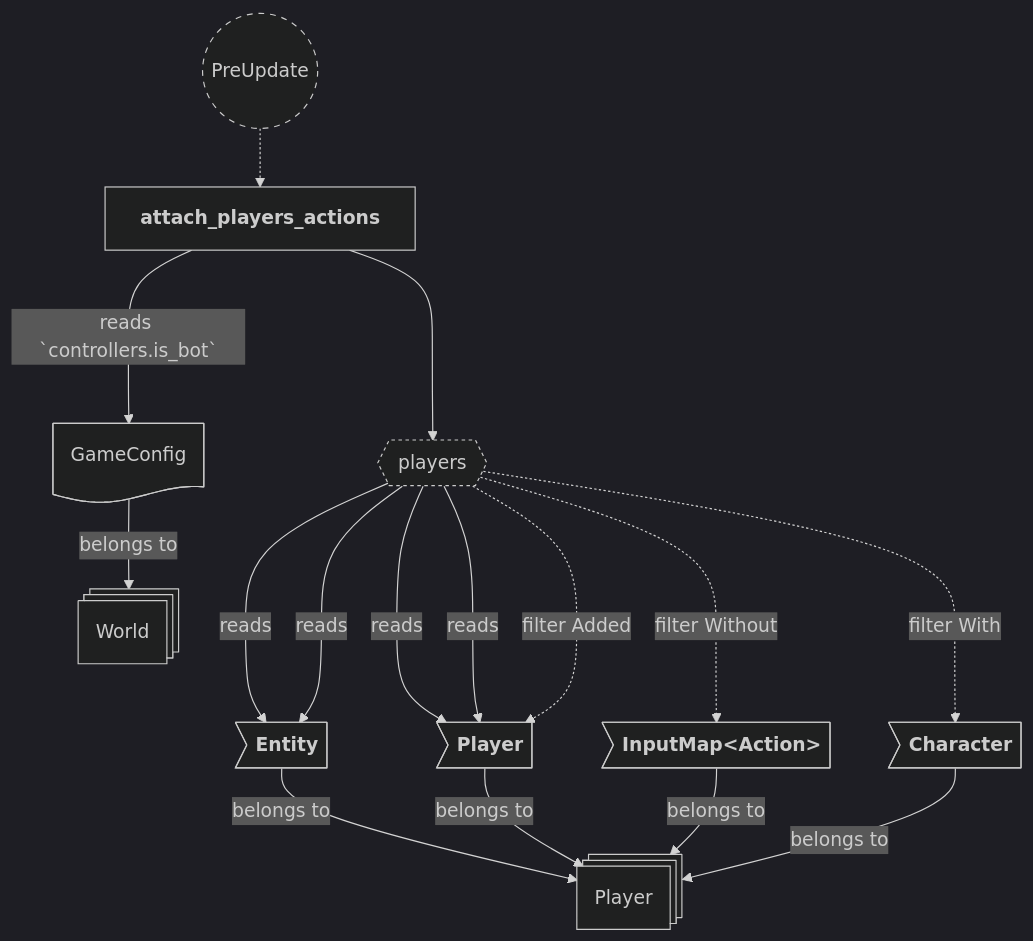
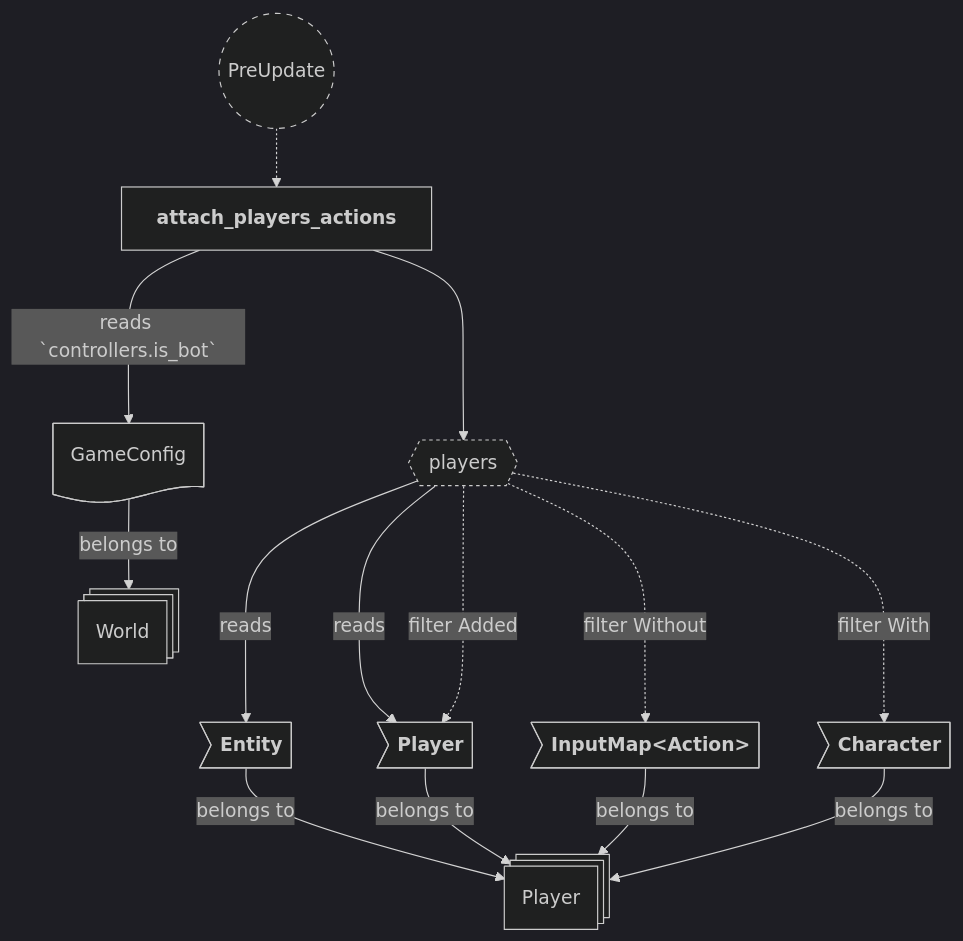
Before and after one commit to neurosoup/tyled: the first of 9 diagrams in backlog/docs/doc-2 - 002-Input-plugin.md, drawn with Mermaid.

Commit message:
Docs: remove duplicate edges in doc-2 first diagram

````diff
--- a/backlog/docs/doc-2 - 002-Input-plugin.md
+++ b/backlog/docs/doc-2 - 002-Input-plugin.md
@@ -47,40 +47,38 @@
 ```mermaid
 ---
 config:
   theme: dark
 ---
 
 flowchart TD
 classDef system-group stroke-dasharray: 5 5
 classDef query stroke-dasharray: 3 3
 
 preupdate(("`PreUpdate`")):::system-group
 attach_players_actions["`**attach_players_actions**`"]
 
 preupdate -.-> attach_players_actions
 
 players_query{{"`players`"}}:::query
 attach_players_actions ---> players_query
 
 player_entity@{ shape: st-rect, label: "Player" }
 
 pe_entity>"`**Entity**`"] --> |belongs to| player_entity
 pe_player>"`**Player**`"] --> |belongs to| player_entity
 pe_input_map>"`**InputMap#60;Action#62;**`"] --> |belongs to| player_entity
 
 players_query ---> |reads| pe_entity
 players_query ---> |reads| pe_player
 pe_character>"`**Character**`"] --> |belongs to| player_entity
 
-players_query ---> |reads| pe_entity
-players_query ---> |reads| pe_player
 players_query -..-> |filter Added| pe_player
 players_query -..-> |filter Without| pe_input_map
 players_query -..-> |filter With| pe_character
 
 world@{ shape: st-rect, label: "World" }
 config_res@{ shape: doc, label: "GameConfig" }
 config_res --> |belongs to| world
 
 attach_players_actions ---> |reads `controllers.is_bot`| config_res
 ```
````
